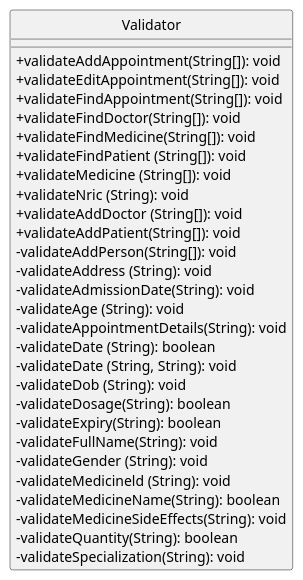
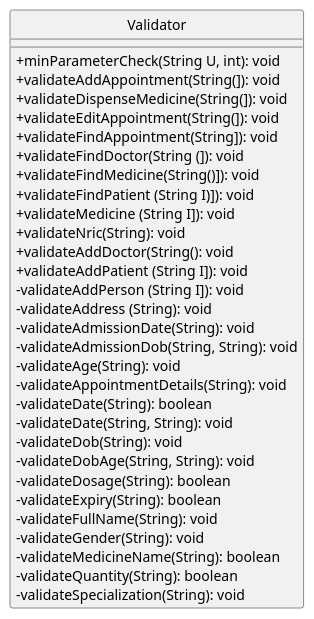
One commit to nus-cs2113-AY2122S2/tp changed the diagram in docs/diagrams/ValidatorClassUML.puml. Above: the diagram before and after it, drawn with PlantUML. The commit also changed 9 other files, not shown here.

```diff
--- a/docs/diagrams/ValidatorClassUML.puml
+++ b/docs/diagrams/ValidatorClassUML.puml
@@ -1,33 +1,35 @@
 @startuml
 hide circle
 skinparam classAttributeIconSize 0
 class Validator {
-+validateAddAppointment(String[]): void
-+validateEditAppointment(String[]): void
-+validateFindAppointment(String[]): void
-+validateFindDoctor(String[]): void
-+validateFindMedicine(String[]): void
-+validateFindPatient (String[]): void
-+validateMedicine (String[]): void
-+validateNric (String): void
-+validateAddDoctor (String[]): void
-+validateAddPatient(String[]): void
--validateAddPerson(String[]): void
++minParameterCheck(String U, int): void
++validateAddAppointment(String(]): void
++validateDispenseMedicine(String(]): void
++validateEditAppointment(String(]): void
++validateFindAppointment(String]): void
++validateFindDoctor(String (]): void
++validateFindMedicine(String()]): void
++validateFindPatient (String I)]): void
++validateMedicine (String I]): void
++validateNric(String): void
++validateAddDoctor(String(): void
++validateAddPatient (String I]): void
+-validateAddPerson (String I]): void
 -validateAddress (String): void
 -validateAdmissionDate(String): void
--validateAge (String): void
+-validateAdmissionDob(String, String): void
+-validateAge(String): void
 -validateAppointmentDetails(String): void
--validateDate (String): boolean
--validateDate (String, String): void
--validateDob (String): void
+-validateDate(String): boolean
+-validateDate(String, String): void
+-validateDob(String): void
+-validateDobAge(String, String): void
 -validateDosage(String): boolean
 -validateExpiry(String): boolean
 -validateFullName(String): void
--validateGender (String): void
--validateMedicineld (String): void
+-validateGender(String): void
 -validateMedicineName(String): boolean
--validateMedicineSideEffects(String): void
 -validateQuantity(String): boolean
 -validateSpecialization(String): void
 }
 @enduml
```
